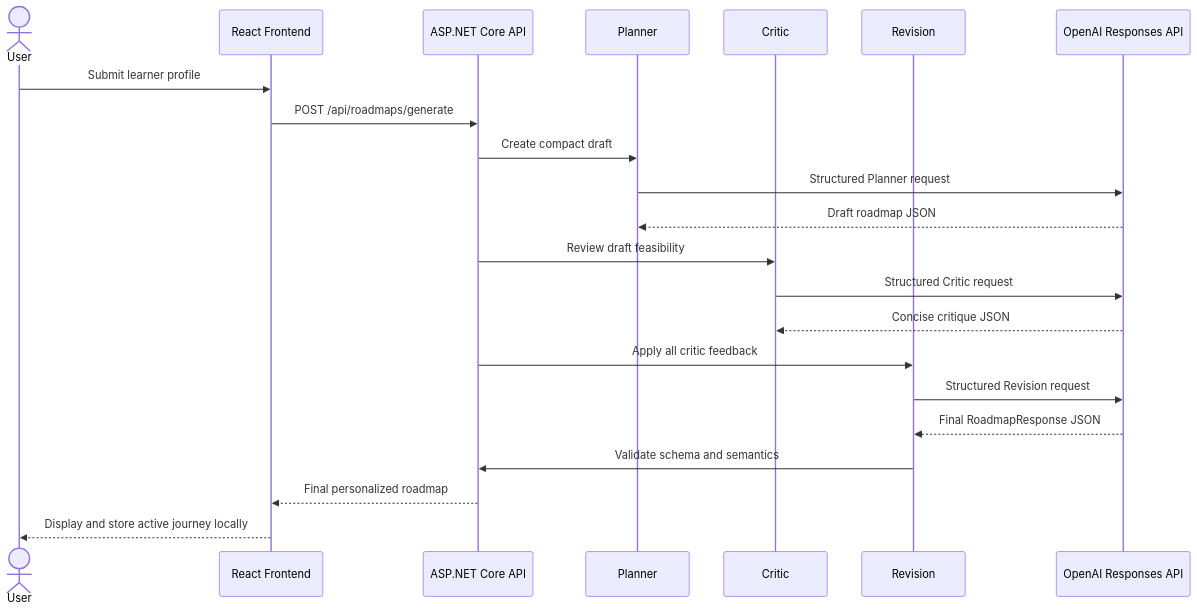
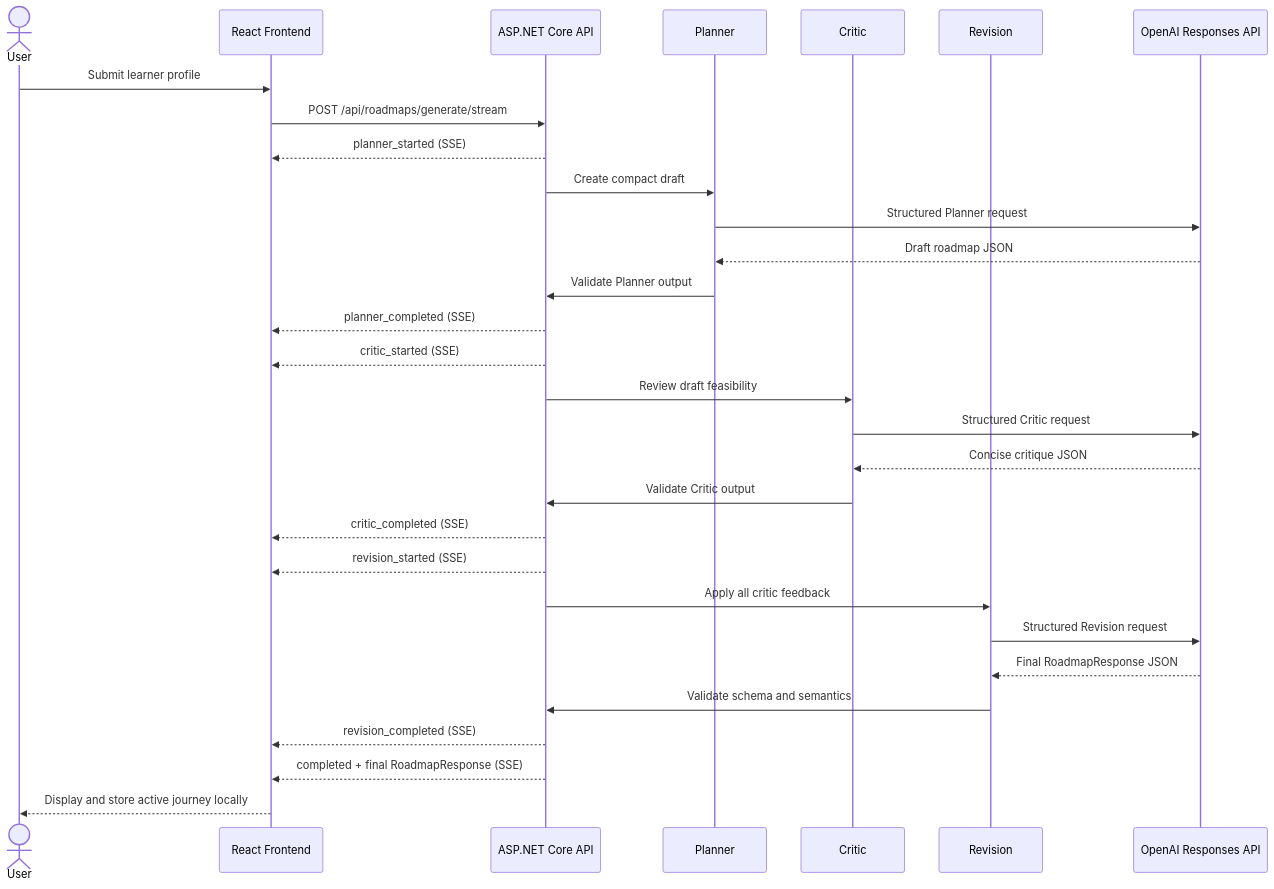
One commit to JasonPG2007/PathPilot-AI changed the third of 4 diagrams in README.md. Above: the diagram before and after it, drawn with Mermaid. The commit also changed other lines of this file, not shown here.

````diff
--- a/README.md
+++ b/README.md
@@ -183,25 +190,33 @@
 ```mermaid
 sequenceDiagram
     actor User
     participant Frontend as React Frontend
     participant API as ASP.NET Core API
     participant Planner
     participant Critic
     participant Revision
     participant OpenAI as OpenAI Responses API
 
     User->>Frontend: Submit learner profile
-    Frontend->>API: POST /api/roadmaps/generate
+    Frontend->>API: POST /api/roadmaps/generate/stream
+    API-->>Frontend: planner_started (SSE)
     API->>Planner: Create compact draft
     Planner->>OpenAI: Structured Planner request
     OpenAI-->>Planner: Draft roadmap JSON
+    Planner->>API: Validate Planner output
+    API-->>Frontend: planner_completed (SSE)
+    API-->>Frontend: critic_started (SSE)
     API->>Critic: Review draft feasibility
     Critic->>OpenAI: Structured Critic request
     OpenAI-->>Critic: Concise critique JSON
+    Critic->>API: Validate Critic output
+    API-->>Frontend: critic_completed (SSE)
+    API-->>Frontend: revision_started (SSE)
     API->>Revision: Apply all critic feedback
     Revision->>OpenAI: Structured Revision request
     OpenAI-->>Revision: Final RoadmapResponse JSON
     Revision->>API: Validate schema and semantics
-    API-->>Frontend: Final personalized roadmap
+    API-->>Frontend: revision_completed (SSE)
+    API-->>Frontend: completed + final RoadmapResponse (SSE)
     Frontend-->>User: Display and store active journey locally
 ```
````
